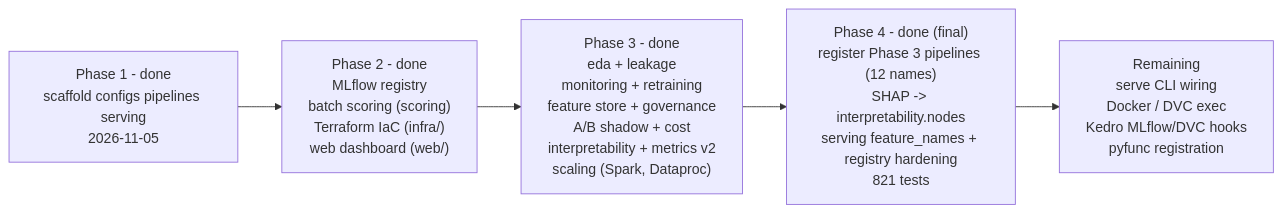
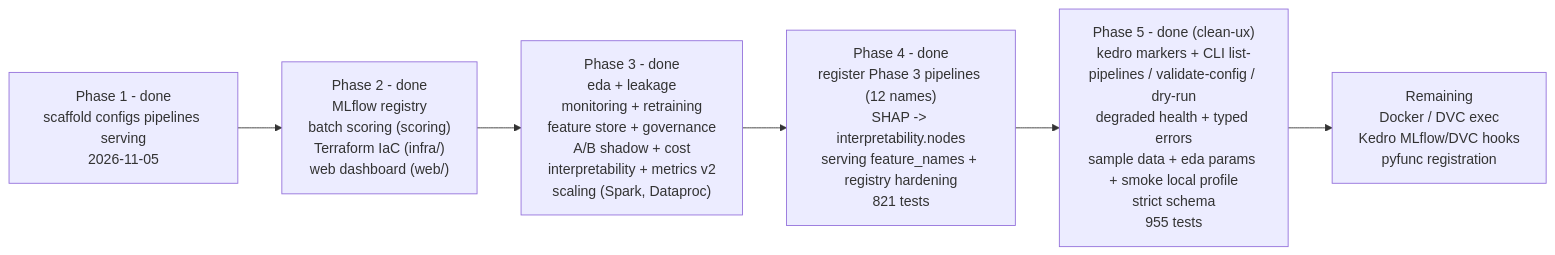
Before and after one commit to ankithaldar/all_projects: the sixth of 6 diagrams in forecast_ml_framework/README.md, drawn with Mermaid. The commit also changed other lines of this file and 26 other files, not shown here.

First line of the commit message:
feat(forecast-ml): phase 5 clean UX - kedro discovery, CLI, degraded serving

````diff
--- a/forecast_ml_framework/README.md
+++ b/forecast_ml_framework/README.md
@@ -1549,7 +1652,8 @@
 ```mermaid
 flowchart LR
   P1["Phase 1 - done<br/>scaffold configs pipelines serving<br/>2026-11-05"] --> P2["Phase 2 - done<br/>MLflow registry<br/>batch scoring (scoring)<br/>Terraform IaC (infra/)<br/>web dashboard (web/)"]
   P2 --> P3["Phase 3 - done<br/>eda + leakage<br/>monitoring + retraining<br/>feature store + governance<br/>A/B shadow + cost<br/>interpretability + metrics v2<br/>scaling (Spark, Dataproc)"]
-  P3 --> P4["Phase 4 - done (final)<br/>register Phase 3 pipelines (12 names)<br/>SHAP -> interpretability.nodes<br/>serving feature_names + registry hardening<br/>821 tests"]
-  P4 --> REM["Remaining<br/>serve CLI wiring<br/>Docker / DVC exec<br/>Kedro MLflow/DVC hooks<br/>pyfunc registration"]
+  P3 --> P4["Phase 4 - done<br/>register Phase 3 pipelines (12 names)<br/>SHAP -> interpretability.nodes<br/>serving feature_names + registry hardening<br/>821 tests"]
+  P4 --> P5["Phase 5 - done (clean-ux)<br/>kedro markers + CLI list-pipelines / validate-config / dry-run<br/>degraded health + typed errors<br/>sample data + eda params + smoke local profile<br/>strict schema<br/>955 tests"]
+  P5 --> REM["Remaining<br/>Docker / DVC exec<br/>Kedro MLflow/DVC hooks<br/>pyfunc registration"]
 ```
````
